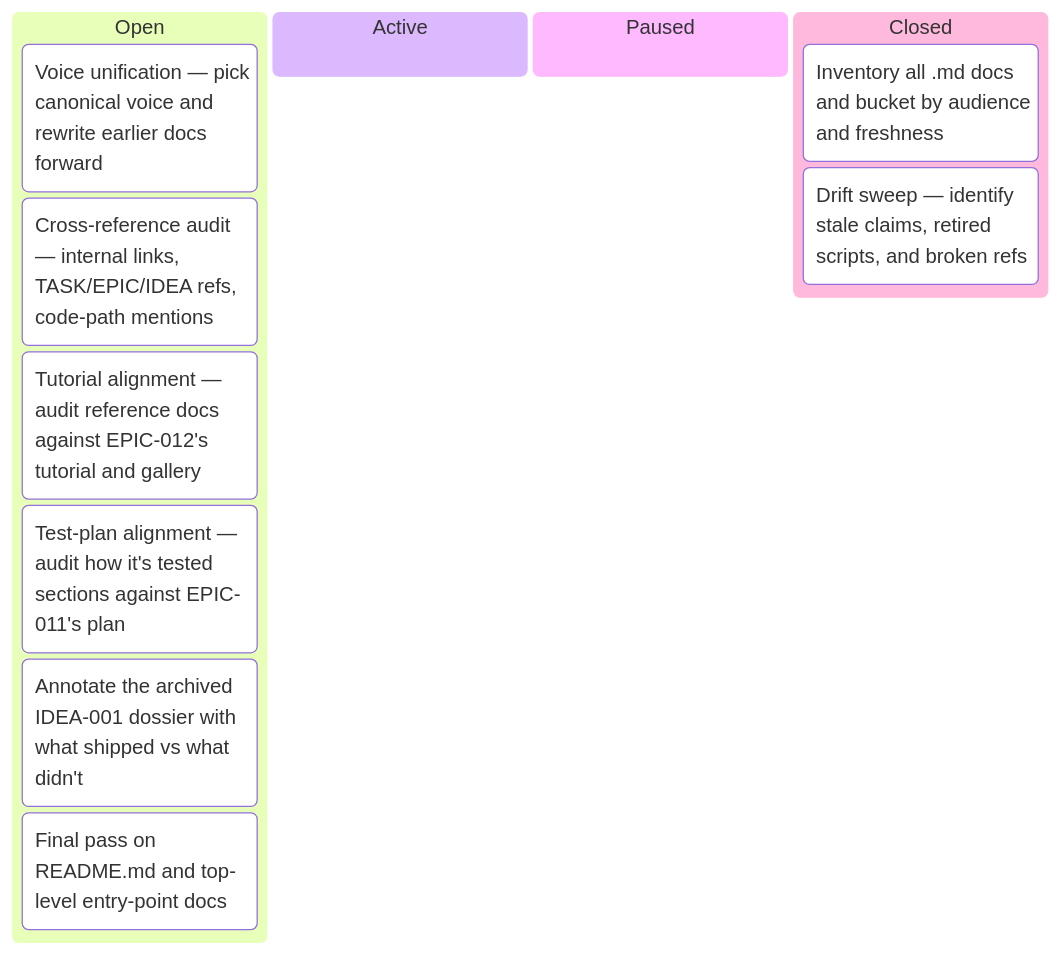
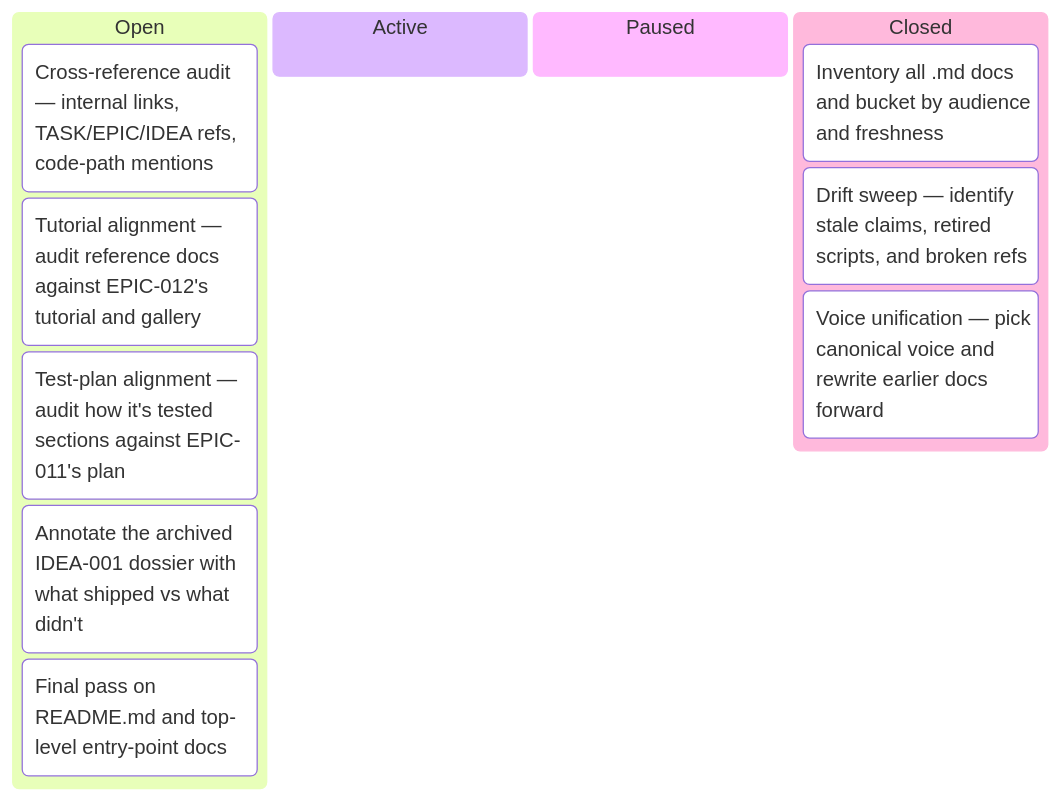
The second of 3 diagrams in docs/developers/tasks/KANBAN.md (tgd1975/CircuitSmith), drawn with Mermaid before and after one commit. The commit also changed other lines of this file and 11 other files, not shown here.

First line of the commit message:
close TASK-104: canonical voice note + concept-stage drift fixes

````diff
--- a/docs/developers/tasks/KANBAN.md
+++ b/docs/developers/tasks/KANBAN.md
@@ -33,15 +33,15 @@
 ```mermaid
 kanban
   Open
-    TASK_104["Voice unification — pick canonical voice and rewrite earlier docs forward"]
     TASK_105["Cross-reference audit — internal links, TASK/EPIC/IDEA refs, code-path mentions"]
     TASK_106["Tutorial alignment — audit reference docs against EPIC-012's tutorial and gallery"]
     TASK_107["Test-plan alignment — audit how it's tested sections against EPIC-011's plan"]
     TASK_108["Annotate the archived IDEA-001 dossier with what shipped vs what didn't"]
     TASK_109["Final pass on README.md and top-level entry-point docs"]
   Active
   Paused
   Closed
     TASK_102["Inventory all .md docs and bucket by audience and freshness"]
     TASK_103["Drift sweep — identify stale claims, retired scripts, and broken refs"]
+    TASK_104["Voice unification — pick canonical voice and rewrite earlier docs forward"]
 ```
````
